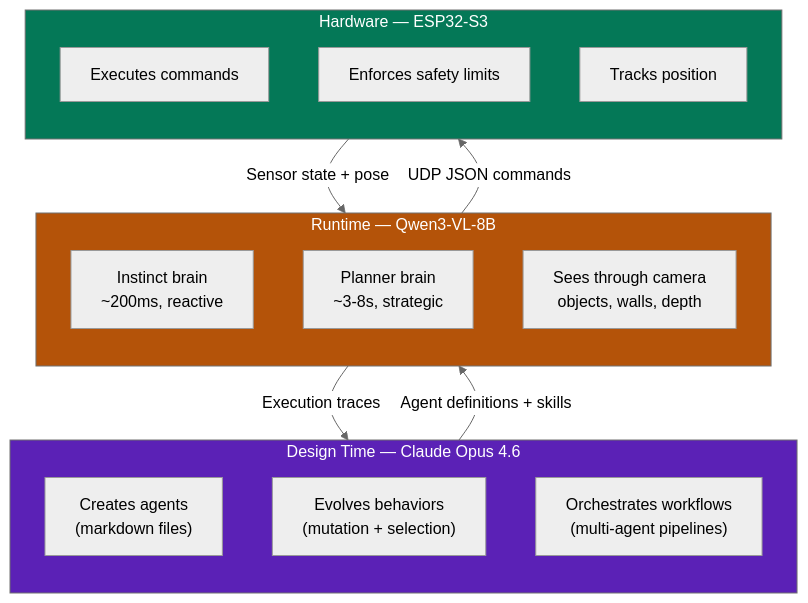
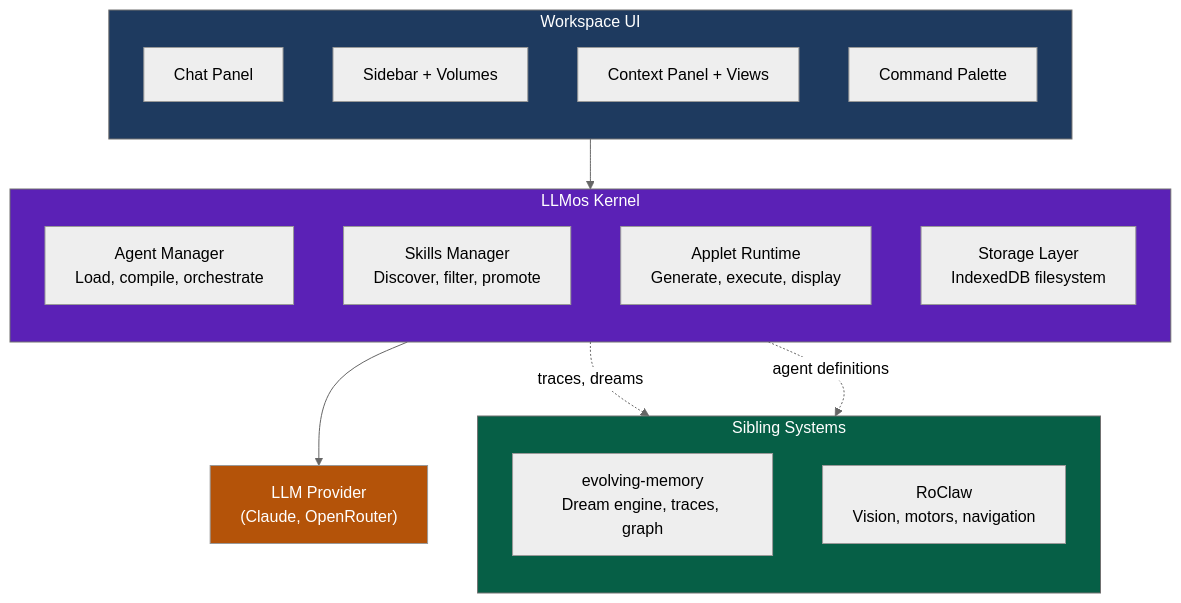
The diagram in README.md (EvolvingAgentsLabs/llmos), drawn with Mermaid (neutral theme) before and after one commit. The commit also changed other lines of this file and 150 other files, not shown here.

````diff
--- a/README.md
+++ b/README.md
@@ -222,32 +42,36 @@
 ```mermaid
 graph TB
-    subgraph DEV["Design Time — Claude Opus 4.6"]
+    subgraph KERNEL["LLMos Kernel"]
         direction TB
-        CREATE["Creates agents<br/>(markdown files)"]
-        EVOLVE["Evolves behaviors<br/>(mutation + selection)"]
-        ORCHESTRATE["Orchestrates workflows<br/>(multi-agent pipelines)"]
+        AGENTS["Agent Manager<br/>Load, compile, orchestrate"]
+        SKILLS["Skills Manager<br/>Discover, filter, promote"]
+        APPLETS["Applet Runtime<br/>Generate, execute, display"]
+        STORAGE["Storage Layer<br/>IndexedDB filesystem"]
     end
 
-    subgraph RUN["Runtime — Qwen3-VL-8B"]
+    subgraph UI["Workspace UI"]
         direction TB
-        INSTINCT["Instinct brain<br/>~200ms, reactive"]
-        PLANNER["Planner brain<br/>~3-8s, strategic"]
-        VISION["Sees through camera<br/>objects, walls, depth"]
+        CHAT["Chat Panel"]
+        SIDEBAR["Sidebar + Volumes"]
+        CONTEXT["Context Panel + Views"]
+        CMD["Command Palette"]
     end
 
-    subgraph HW["Hardware — ESP32-S3"]
+    subgraph EXTERNAL["Sibling Systems"]
         direction TB
-        EXEC["Executes commands"]
-        SAFETY["Enforces safety limits"]
-        ODO["Tracks position"]
+        MEMORY["evolving-memory<br/>Dream engine, traces, graph"]
+        ROCLAW["RoClaw<br/>Vision, motors, navigation"]
     end
 
-    DEV -->|"Agent definitions + skills"| RUN
-    RUN -->|"Execution traces"| DEV
-    RUN -->|"UDP JSON commands"| HW
-    HW -->|"Sensor state + pose"| RUN
+    LLM["LLM Provider<br/>(Claude, OpenRouter)"]
 
-    style DEV fill:#5b21b6,color:#fff
-    style RUN fill:#b45309,color:#fff
-    style HW fill:#047857,color:#fff
+    UI --> KERNEL
+    KERNEL --> LLM
+    KERNEL -.->|"traces, dreams"| MEMORY
+    KERNEL -.->|"agent definitions"| ROCLAW
+
+    style KERNEL fill:#5b21b6,color:#fff
+    style UI fill:#1e3a5f,color:#fff
+    style EXTERNAL fill:#065f46,color:#fff
+    style LLM fill:#b45309,color:#fff
 ```
````
